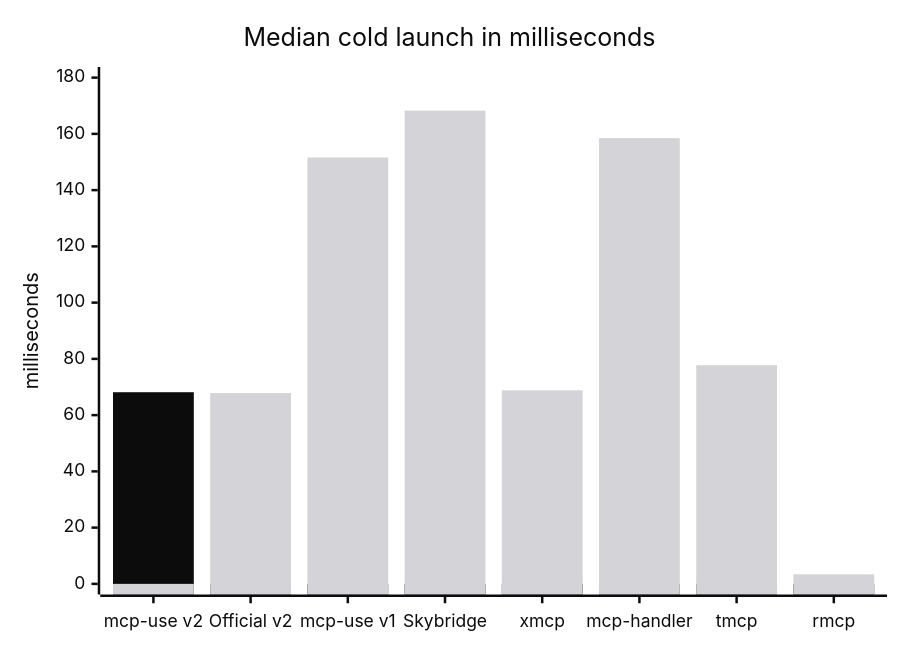
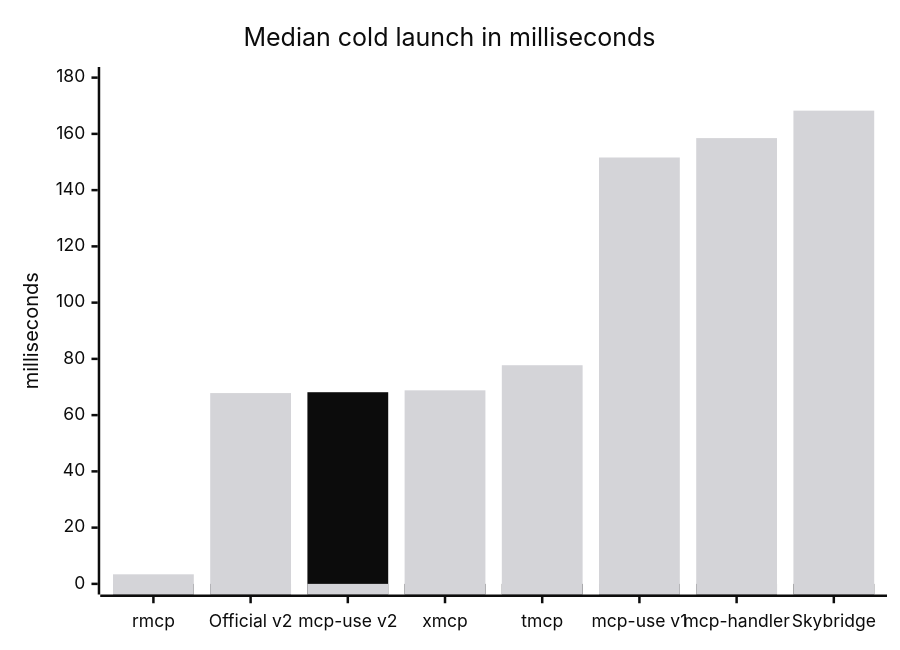
Before and after one commit to mcp-use/mcp-use: the second of 4 diagrams in benchmark.md, drawn with Mermaid. The commit also changed other lines of this file and 1 other file, not shown here.

````diff
--- a/benchmark.md
+++ b/benchmark.md
@@ -77,24 +72,24 @@
 ```mermaid
 ---
 config:
   themeVariables:
     xyChart:
       backgroundColor: "#ffffff"
       titleColor: "#0c0c0c"
       xAxisLabelColor: "#0c0c0c"
       xAxisTitleColor: "#0c0c0c"
       xAxisTickColor: "#0c0c0c"
       xAxisLineColor: "#0c0c0c"
       yAxisLabelColor: "#0c0c0c"
       yAxisTitleColor: "#0c0c0c"
       yAxisTickColor: "#0c0c0c"
       yAxisLineColor: "#0c0c0c"
       plotColorPalette: "#0c0c0c, #d4d4d8"
 ---
 xychart
   title "Median cold launch in milliseconds"
-  x-axis ["mcp-use v2", "Official v2", "mcp-use v1", "Skybridge", "xmcp", "mcp-handler", "tmcp", "rmcp"]
+  x-axis ["rmcp", "Official v2", "mcp-use v2", "xmcp", "tmcp", "mcp-use v1", "mcp-handler", "Skybridge"]
   y-axis "milliseconds" 0 --> 180
-  bar [68.145, 0, 0, 0, 0, 0, 0, 0]
-  bar [0, 67.839, 151.603, 168.260, 68.814, 158.498, 77.740, 3.400]
+  bar [0, 0, 68.145, 0, 0, 0, 0, 0]
+  bar [3.400, 67.839, 0, 68.814, 77.740, 151.603, 158.498, 168.260]
 ```
````
